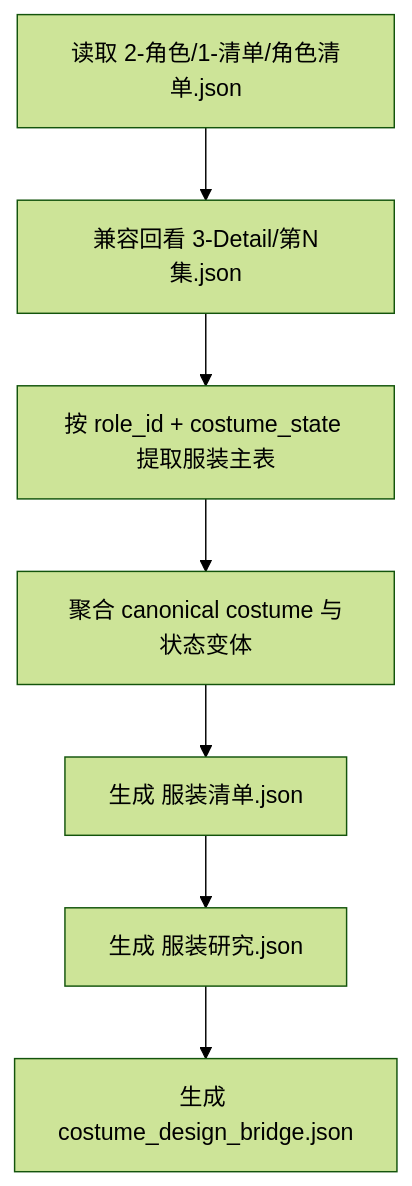
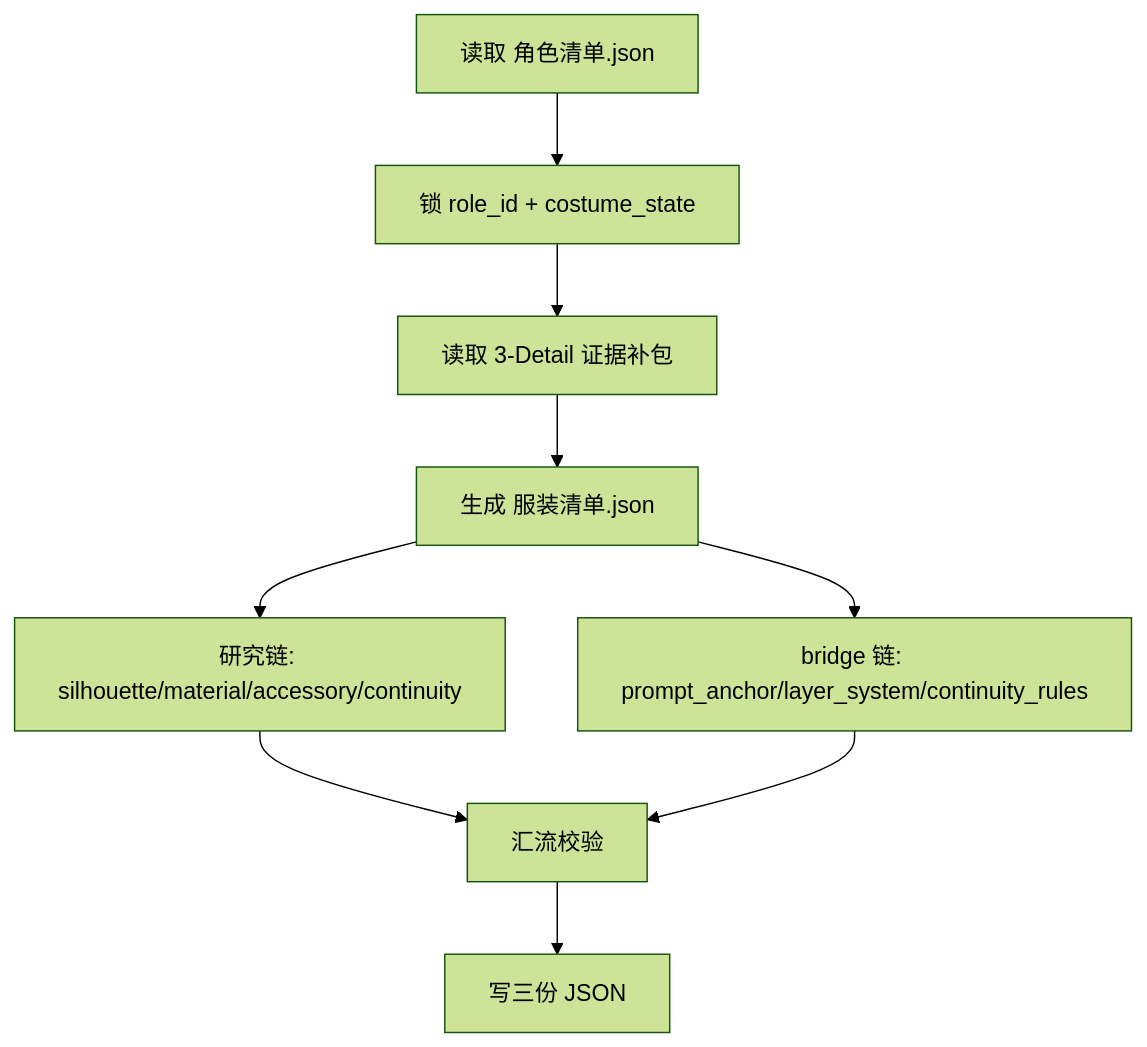
The first of 4 diagrams in .agents/skills/aigc/4-Design/3-服装/1-清单/SKILL.md (ZEN-VOID/AI-CUT), drawn with Mermaid (forest theme) before and after one commit. The commit also changed other lines of this file and 182 other files, not shown here.

````diff
--- a/.agents/skills/aigc/4-Design/3-服装/1-清单/SKILL.md
+++ b/.agents/skills/aigc/4-Design/3-服装/1-清单/SKILL.md
@@ -47,9 +134,11 @@
 ```mermaid
 flowchart TD
-    A["读取 2-角色/1-清单/角色清单.json"] --> B["兼容回看 3-Detail/第N集.json"]
-    B --> C["按 role_id + costume_state 提取服装主表"]
-    C --> D["聚合 canonical costume 与状态变体"]
-    D --> E["生成 服装清单.json"]
-    E --> F["生成 服装研究.json"]
-    F --> G["生成 costume_design_bridge.json"]
+    A["读取 角色清单.json"] --> B["锁 role_id + costume_state"]
+    B --> C["读取 3-Detail 证据补包"]
+    C --> D["生成 服装清单.json"]
+    D --> E["研究链: silhouette/material/accessory/continuity"]
+    D --> F["bridge 链: prompt_anchor/layer_system/continuity_rules"]
+    E --> G["汇流校验"]
+    F --> G
+    G --> H["写三份 JSON"]
 ```
````
